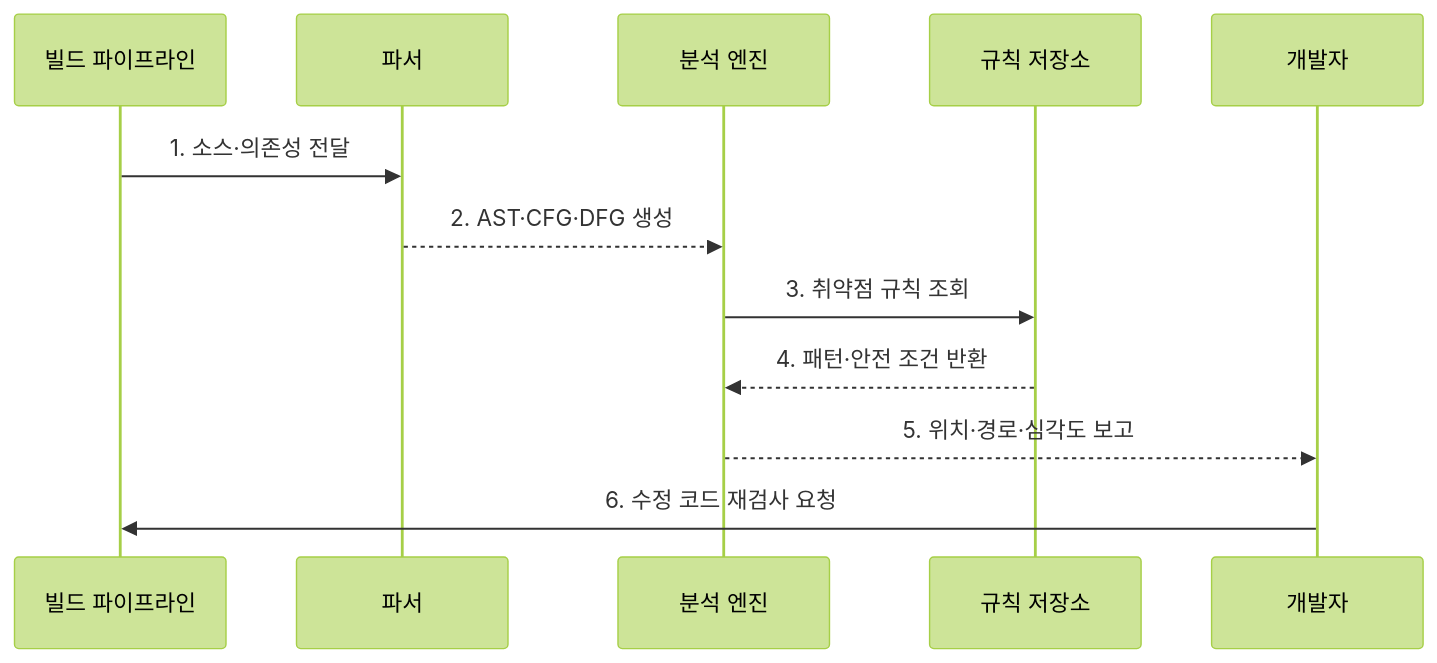
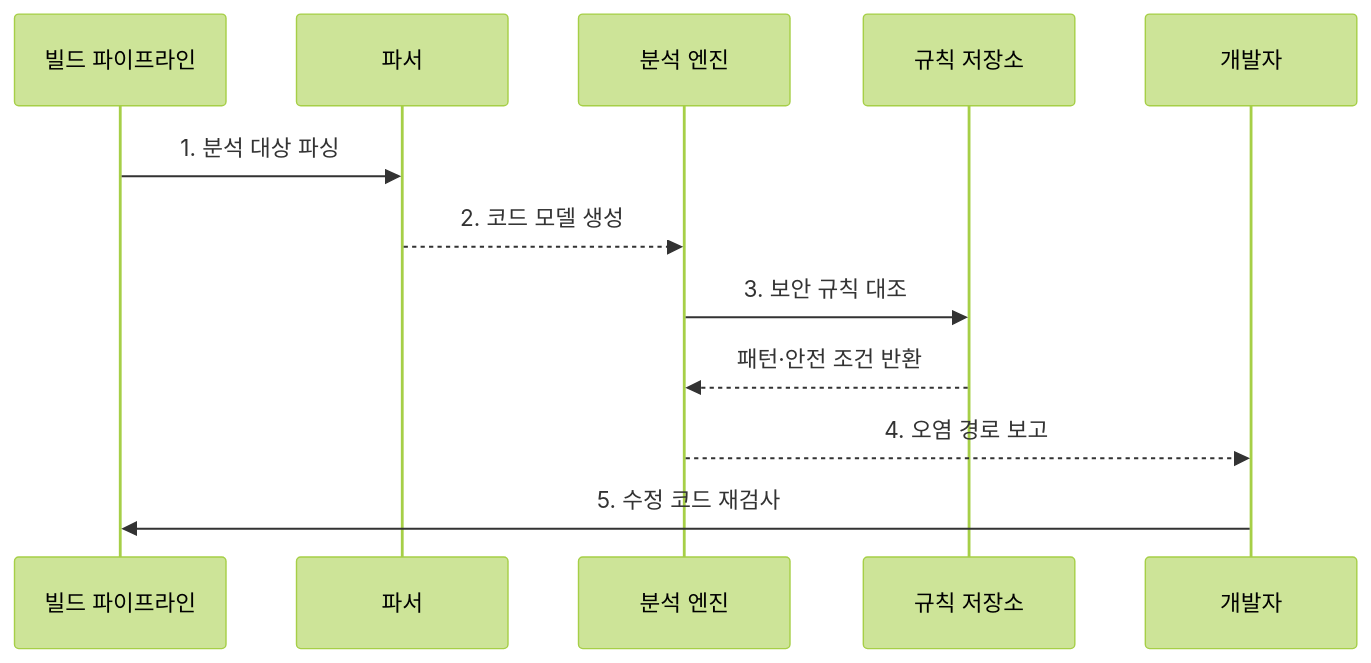
Before and after one commit to agnusdei1207/knowledge-base: the second of 2 diagrams in src/content/docs/notes/03-software/067_static_application_security_testing.md, drawn with Mermaid (forest theme). The commit also changed other lines of this file and 238 other files, not shown here.

````diff
--- a/src/content/docs/notes/03-software/067_static_application_security_testing.md
+++ b/src/content/docs/notes/03-software/067_static_application_security_testing.md
@@ -78,14 +78,14 @@
 ```mermaid
 sequenceDiagram
     participant B as 빌드 파이프라인
     participant P as 파서
     participant A as 분석 엔진
     participant R as 규칙 저장소
     participant D as 개발자
-    B->>P: 1. 소스·의존성 전달
-    P-->>A: 2. AST·CFG·DFG 생성
-    A->>R: 3. 취약점 규칙 조회
-    R-->>A: 4. 패턴·안전 조건 반환
-    A-->>D: 5. 위치·경로·심각도 보고
-    D->>B: 6. 수정 코드 재검사 요청
+    B->>P: 1. 분석 대상 파싱
+    P-->>A: 2. 코드 모델 생성
+    A->>R: 3. 보안 규칙 대조
+    R-->>A: 패턴·안전 조건 반환
+    A-->>D: 4. 오염 경로 보고
+    D->>B: 5. 수정 코드 재검사
 ```
````
